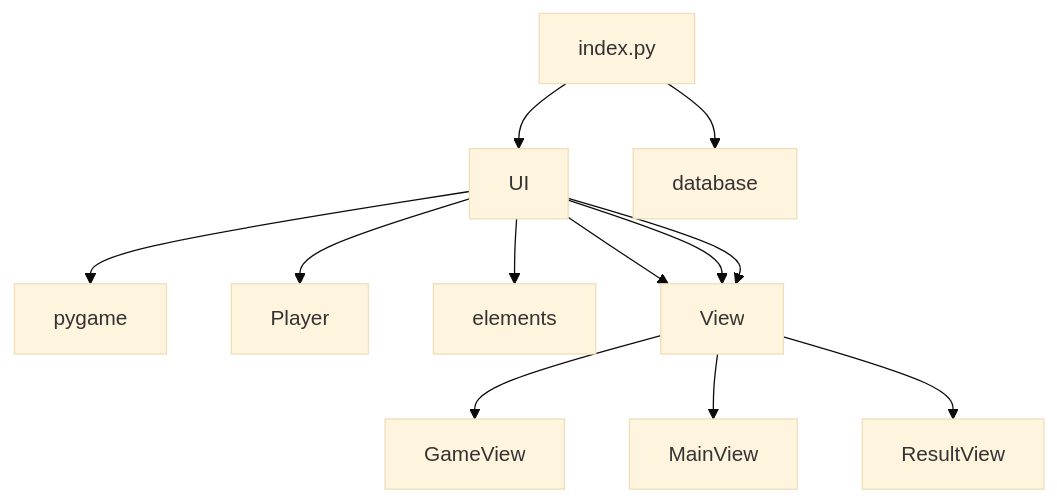
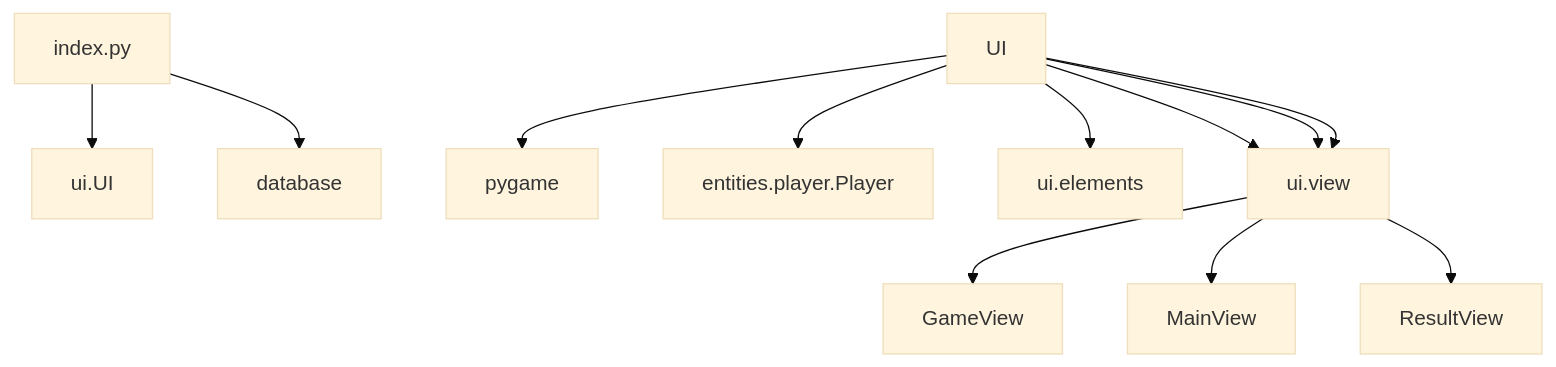
The first of 2 diagrams in rhythm-game/dokumentaatio/arkkitehtuurikuvaus.md (koenol/ot-harjoitustyo), drawn with Mermaid (base theme) before and after one commit. The commit also changed other lines of this file, not shown here.

````diff
--- a/rhythm-game/dokumentaatio/arkkitehtuurikuvaus.md
+++ b/rhythm-game/dokumentaatio/arkkitehtuurikuvaus.md
@@ -2,11 +2,11 @@
 ```mermaid
 graph TD;
-    index.py --> UI;
+    index.py --> ui.UI;
     index.py --> database;
     UI --> pygame;
-    UI --> Player
-    UI --> elements
-    UI --> View --> GameView;
-    UI --> View --> MainView;
-    UI --> View --> ResultView
+    UI --> entities.player.Player
+    UI --> ui.elements
+    UI --> ui.view --> GameView;
+    UI --> ui.view --> MainView;
+    UI --> ui.view --> ResultView
 ```
````
